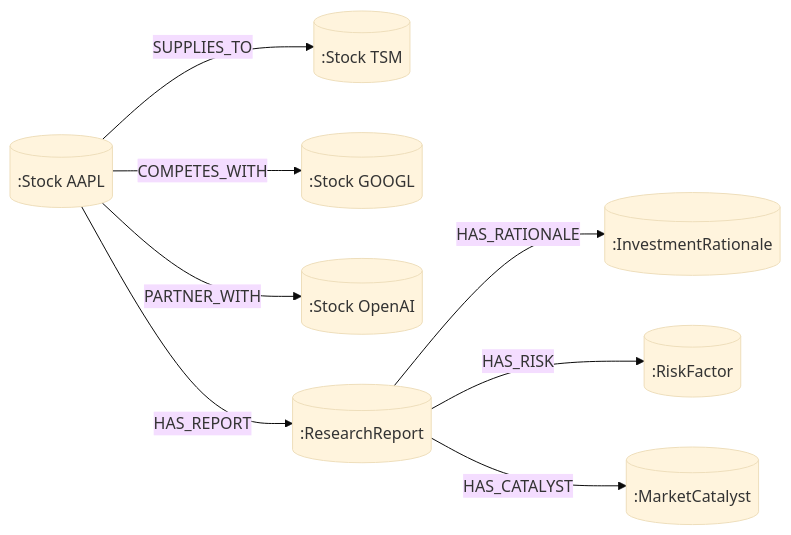
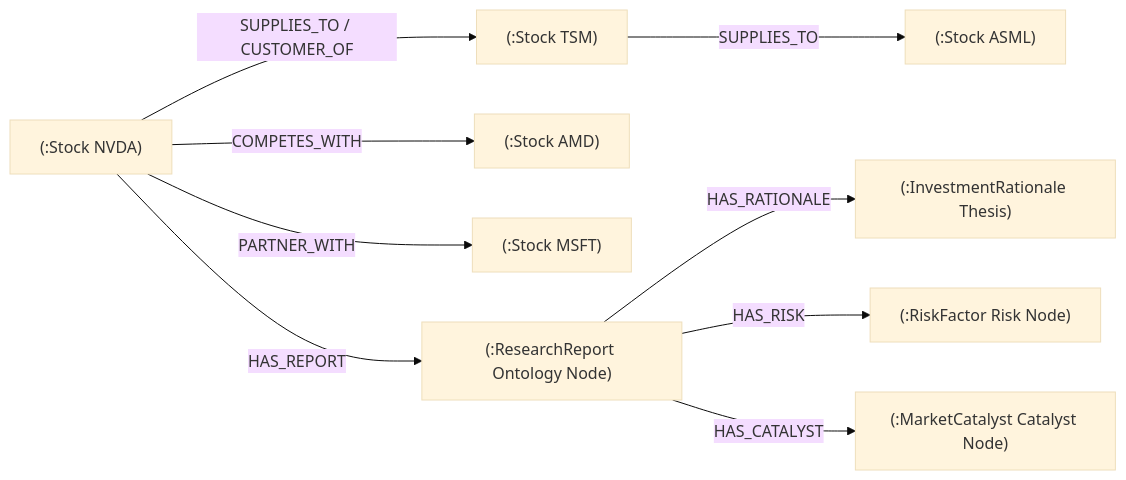
The second of 2 diagrams in ALGORITHM_WHITE_PAPER_EN.md (azwan56/gems), drawn with Mermaid (base theme) before and after one commit. The commit also changed other lines of this file and 20 other files, not shown here.

````diff
--- a/ALGORITHM_WHITE_PAPER_EN.md
+++ b/ALGORITHM_WHITE_PAPER_EN.md
@@ -52,11 +76,12 @@
 ```mermaid
 graph LR
-    StockA[(:Stock AAPL)] -->|SUPPLIES_TO| StockB[(:Stock TSM)]
-    StockA -->|COMPETES_WITH| StockC[(:Stock GOOGL)]
-    StockA -->|PARTNER_WITH| StockD[(:Stock OpenAI)]
+    StockA["(:Stock NVDA)"] -->|SUPPLIES_TO / CUSTOMER_OF| StockB["(:Stock TSM)"]
+    StockB -->|SUPPLIES_TO| StockE["(:Stock ASML)"]
+    StockA -->|COMPETES_WITH| StockC["(:Stock AMD)"]
+    StockA -->|PARTNER_WITH| StockD["(:Stock MSFT)"]
     
-    StockA -->|HAS_REPORT| Report[(:ResearchReport)]
-    Report -->|HAS_RATIONALE| Rationale[(:InvestmentRationale)]
-    Report -->|HAS_RISK| Risk[(:RiskFactor)]
-    Report -->|HAS_CATALYST| Catalyst[(:MarketCatalyst)]
+    StockA -->|HAS_REPORT| Report["(:ResearchReport Ontology Node)"]
+    Report -->|HAS_RATIONALE| Rationale["(:InvestmentRationale Thesis)"]
+    Report -->|HAS_RISK| Risk["(:RiskFactor Risk Node)"]
+    Report -->|HAS_CATALYST| Catalyst["(:MarketCatalyst Catalyst Node)"]
 ```
````
